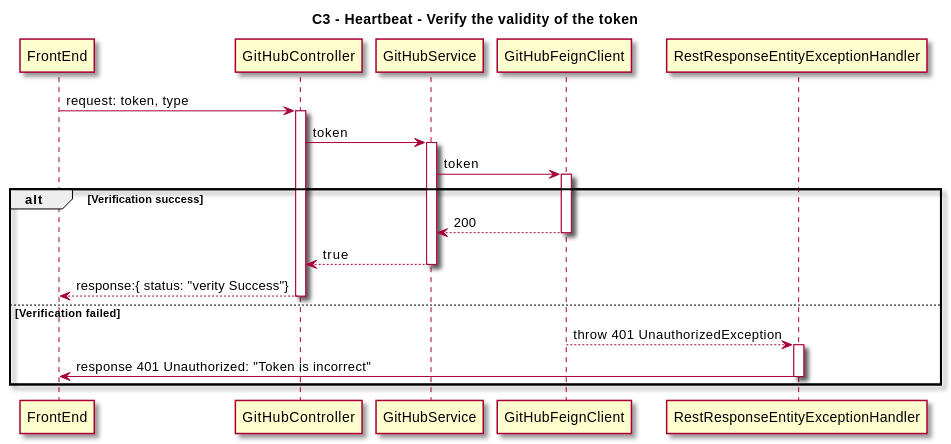
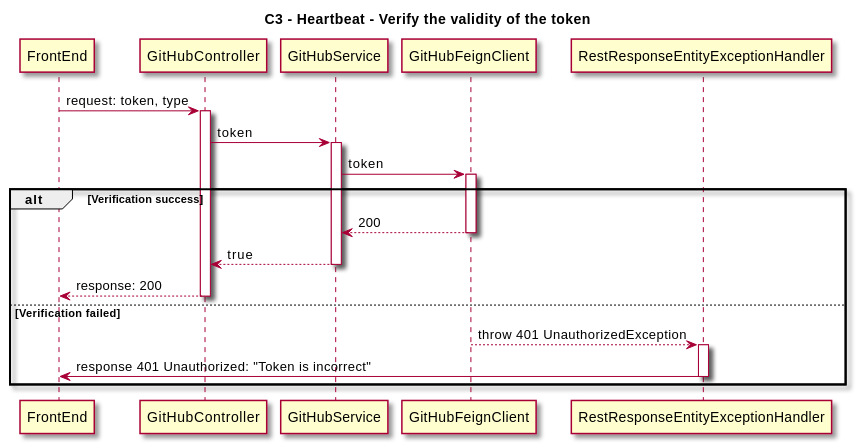
The first of 2 diagrams in docs/src/content/docs/en/spikes/tech-spikes-split-verify-of-github.mdx (thoughtworks/HeartBeat), drawn with PlantUML before and after one commit. The commit also changed other lines of this file, not shown here.

Commit message:
ADM-679:[docs]fix: change path and response

````diff
--- a/docs/src/content/docs/en/spikes/tech-spikes-split-verify-of-github.mdx
+++ b/docs/src/content/docs/en/spikes/tech-spikes-split-verify-of-github.mdx
@@ -50,36 +46,36 @@
 ```plantuml
 @startuml
 skin rose
 title C3 - Heartbeat - Verify the validity of the token
 
 participant FrontEnd
 participant GitHubController
 participant GitHubService
 participant GitHubFeignClient
 participant RestResponseEntityExceptionHandler
 
 ' group Verify the validity of the token
     FrontEnd -> GitHubController: request: token, type
     activate GitHubController
     GitHubController -> GitHubService: token
     activate GitHubService
     GitHubService -> GitHubFeignClient: token
     activate GitHubFeignClient
 alt Verification success
     GitHubFeignClient --> GitHubService: 200
     deactivate GitHubFeignClient
     GitHubService --> GitHubController: true
     deactivate GitHubService
-    GitHubController --> FrontEnd: response:{ status: "verity Success"}
+    GitHubController --> FrontEnd: response: 200
     deactivate GitHubController
 else Verification failed
     GitHubFeignClient --> RestResponseEntityExceptionHandler: throw 401 UnauthorizedException
     deactivate GitHubFeignClient
     activate RestResponseEntityExceptionHandler
     RestResponseEntityExceptionHandler -> FrontEnd: response 401 Unauthorized: "Token is incorrect"
     deactivate RestResponseEntityExceptionHandler
     ' deactivate GitHubService
     ' deactivate GitHubController
 end
 @enduml
 ```
````
